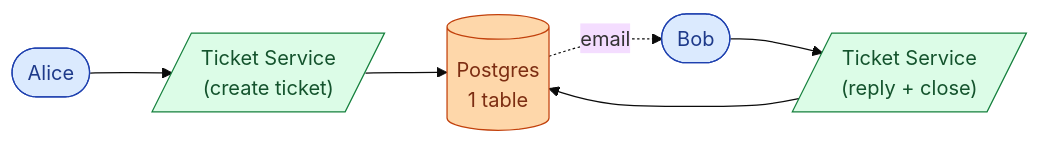
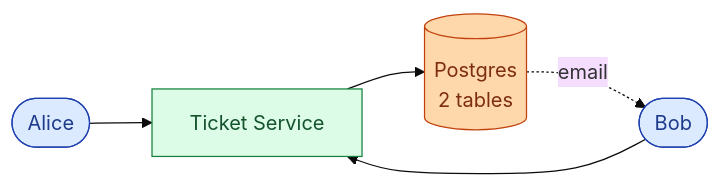
The second of 10 diagrams in problems/019-helpdesk-ticketing/question.md (shiningflash/system-design), drawn with Mermaid (base theme) before and after one commit. The commit also changed other lines of this file and 37 other files, not shown here.

````diff
--- a/problems/019-helpdesk-ticketing/question.md
+++ b/problems/019-helpdesk-ticketing/question.md
@@ -124,12 +91,11 @@
 ```mermaid
 flowchart LR
-    C([Alice]):::user --> API[/"Ticket Service<br/>(create ticket)"/]:::app
-    API --> DB[("Postgres<br/>1 table")]:::db
+    C([Alice]):::user --> API["Ticket Service"]:::app
+    API --> DB[("Postgres<br/>2 tables")]:::db
     DB -.email.-> B([Bob]):::user
-    B --> API2[/"Ticket Service<br/>(reply + close)"/]:::app
-    API2 --> DB
+    B --> API
 
     classDef user fill:#dbeafe,stroke:#1e40af,color:#1e3a8a
     classDef app fill:#dcfce7,stroke:#15803d,color:#14532d
     classDef db fill:#fed7aa,stroke:#c2410c,color:#7c2d12
 ```
````
